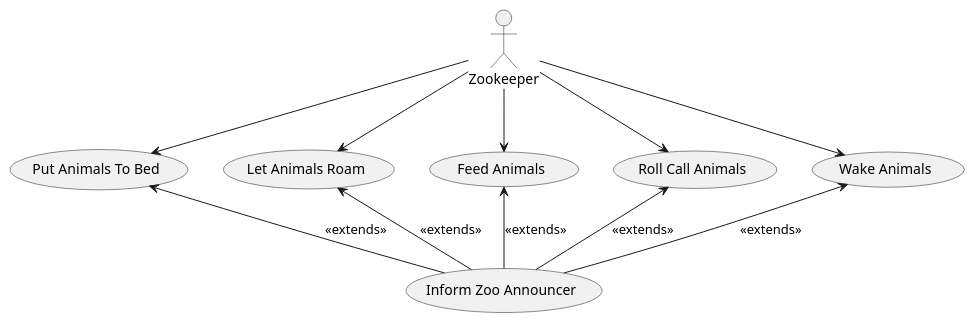
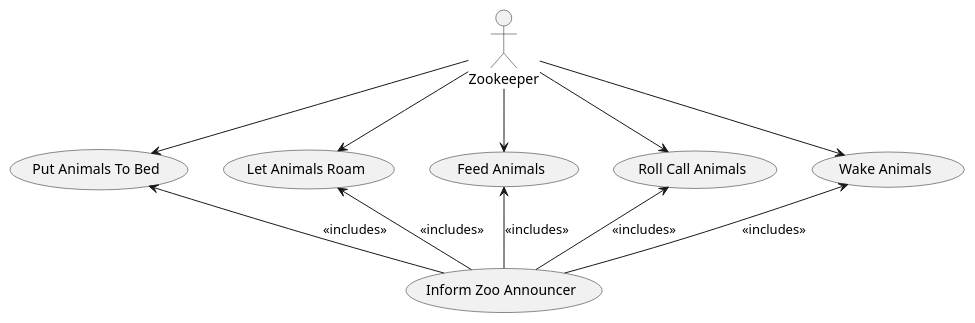
Before and after one commit to AbhiniveshP/OOAD-Project-2: the diagram in Q5/Q5 With Observer.puml, drawn with PlantUML. The commit also changed 1 other file, not shown here.

```diff
--- a/Q5/Q5 With Observer.puml
+++ b/Q5/Q5 With Observer.puml
@@ -1,15 +1,15 @@
 @startuml Q5-With-Observer
 
 Zookeeper -down-> (Wake Animals)
 Zookeeper -down-> (Roll Call Animals)
 Zookeeper -down-> (Feed Animals)
 Zookeeper -down-> (Let Animals Roam)
 Zookeeper -down-> (Put Animals To Bed)
 
-(Inform Zoo Announcer) -up-> (Wake Animals) : <<extends>>
-(Inform Zoo Announcer) -up-> (Roll Call Animals) : <<extends>>
-(Inform Zoo Announcer) -up-> (Feed Animals) : <<extends>>
-(Inform Zoo Announcer) -up-> (Let Animals Roam) : <<extends>>
-(Inform Zoo Announcer) -up-> (Put Animals To Bed) : <<extends>>
+(Inform Zoo Announcer) -up-> (Wake Animals) : <<includes>>
+(Inform Zoo Announcer) -up-> (Roll Call Animals) : <<includes>>
+(Inform Zoo Announcer) -up-> (Feed Animals) : <<includes>>
+(Inform Zoo Announcer) -up-> (Let Animals Roam) : <<includes>>
+(Inform Zoo Announcer) -up-> (Put Animals To Bed) : <<includes>>
 
 @enduml
```
